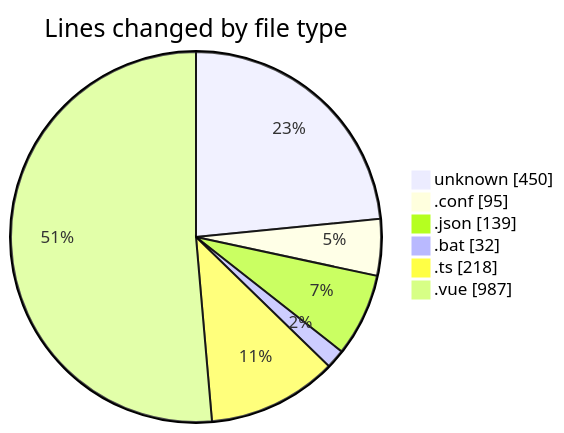
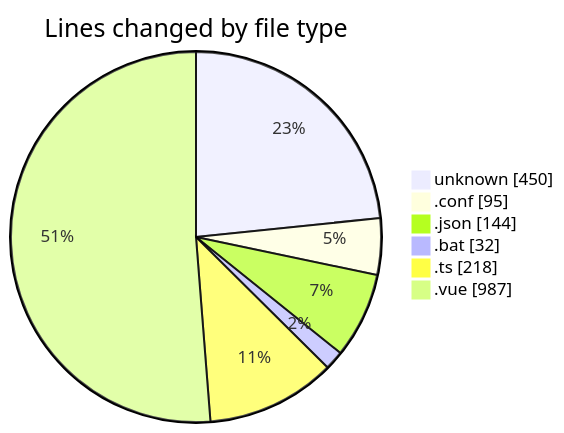
The first of 2 diagrams in 2025-07-12/shopaccv1/README.md (lephambinh05/code-tracking), drawn with Mermaid before and after one commit. The commit also changed other lines of this file and 1 other file, not shown here.

````diff
--- a/2025-07-12/shopaccv1/README.md
+++ b/2025-07-12/shopaccv1/README.md
@@ -35,10 +36,10 @@
 ```mermaid
 pie showData
 title Lines changed by file type
 "unknown" : 450
 ".conf" : 95
-".json" : 139
+".json" : 144
 ".bat" : 32
 ".ts" : 218
 ".vue" : 987
 ```
````
